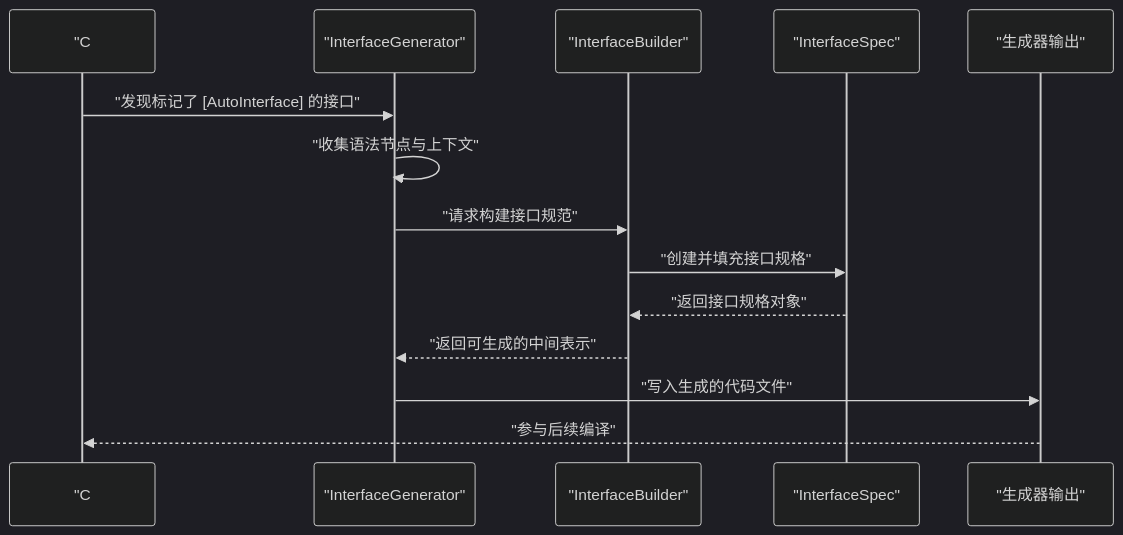
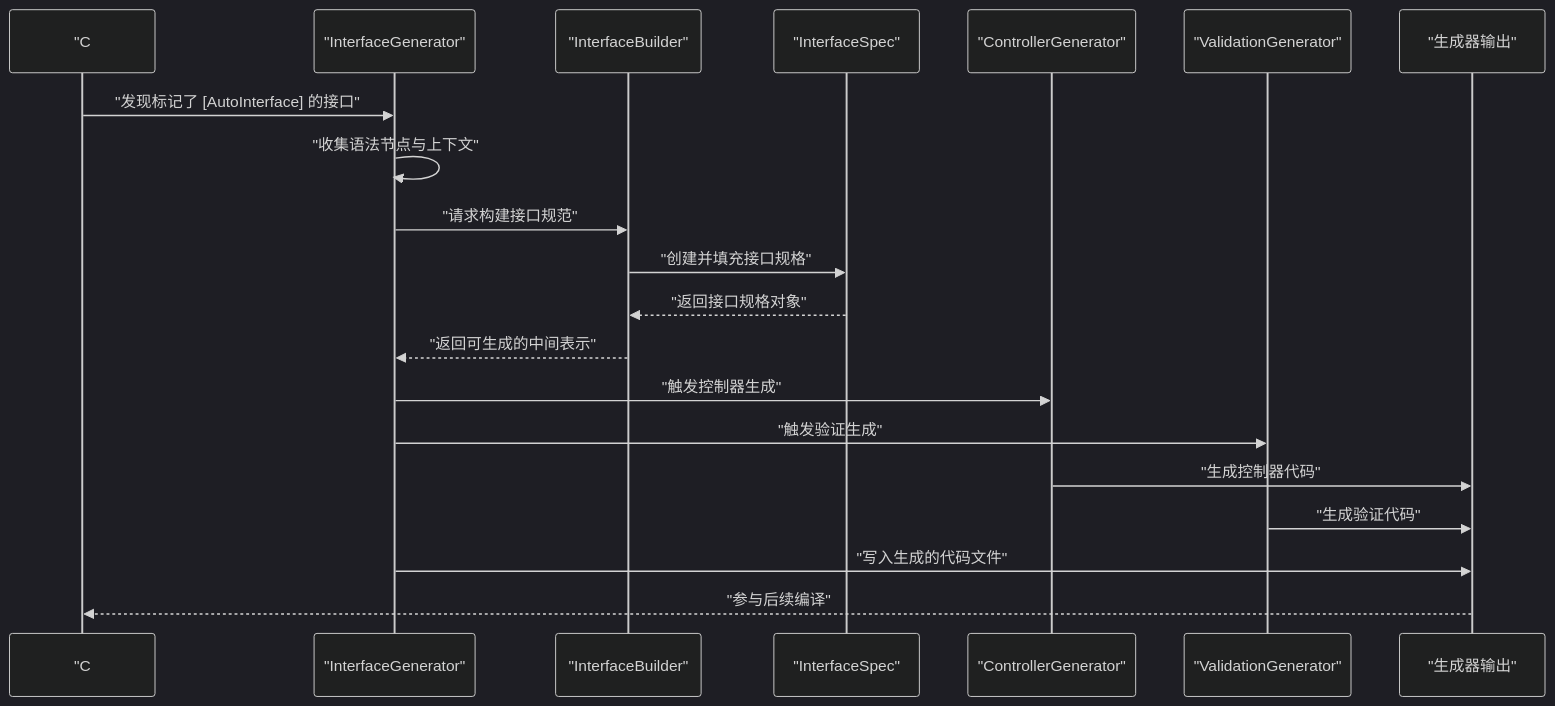
Before and after one commit to alivy/AutoCode: the second of 7 diagrams in .qoder/repowiki/zh/content/源代码生成器/源代码生成器.md, drawn with Mermaid (dark theme). The commit also changed other lines of this file and 29 other files, not shown here.

````diff
--- a/.qoder/repowiki/zh/content/源代码生成器/源代码生成器.md
+++ b/.qoder/repowiki/zh/content/源代码生成器/源代码生成器.md
@@ -128,16 +142,22 @@
 ```mermaid
 sequenceDiagram
 participant Compiler as "C# 编译器"
-participant Generator as "InterfaceGenerator"
-participant Builder as "InterfaceBuilder"
+participant Gen as "InterfaceGenerator"
+participant Bld as "InterfaceBuilder"
 participant Spec as "InterfaceSpec"
+participant Ctrl as "ControllerGenerator"
+participant Val as "ValidationGenerator"
 participant Output as "生成器输出"
-Compiler->>Generator : "发现标记了 [AutoInterface] 的接口"
-Generator->>Generator : "收集语法节点与上下文"
-Generator->>Builder : "请求构建接口规范"
-Builder->>Spec : "创建并填充接口规格"
-Spec-->>Builder : "返回接口规格对象"
-Builder-->>Generator : "返回可生成的中间表示"
-Generator->>Output : "写入生成的代码文件"
+Compiler->>Gen : "发现标记了 [AutoInterface] 的接口"
+Gen->>Gen : "收集语法节点与上下文"
+Gen->>Bld : "请求构建接口规范"
+Bld->>Spec : "创建并填充接口规格"
+Spec-->>Bld : "返回接口规格对象"
+Bld-->>Gen : "返回可生成的中间表示"
+Gen->>Ctrl : "触发控制器生成"
+Gen->>Val : "触发验证生成"
+Ctrl->>Output : "生成控制器代码"
+Val->>Output : "生成验证代码"
+Gen->>Output : "写入生成的代码文件"
 Output-->>Compiler : "参与后续编译"
 ```
````
